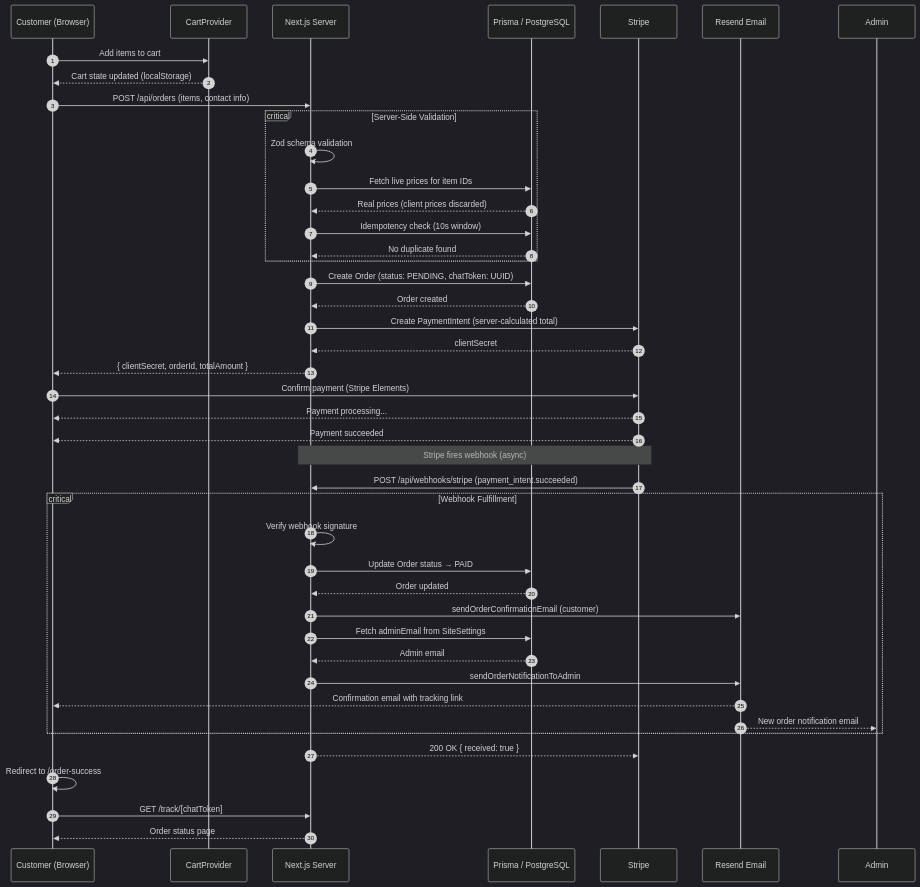
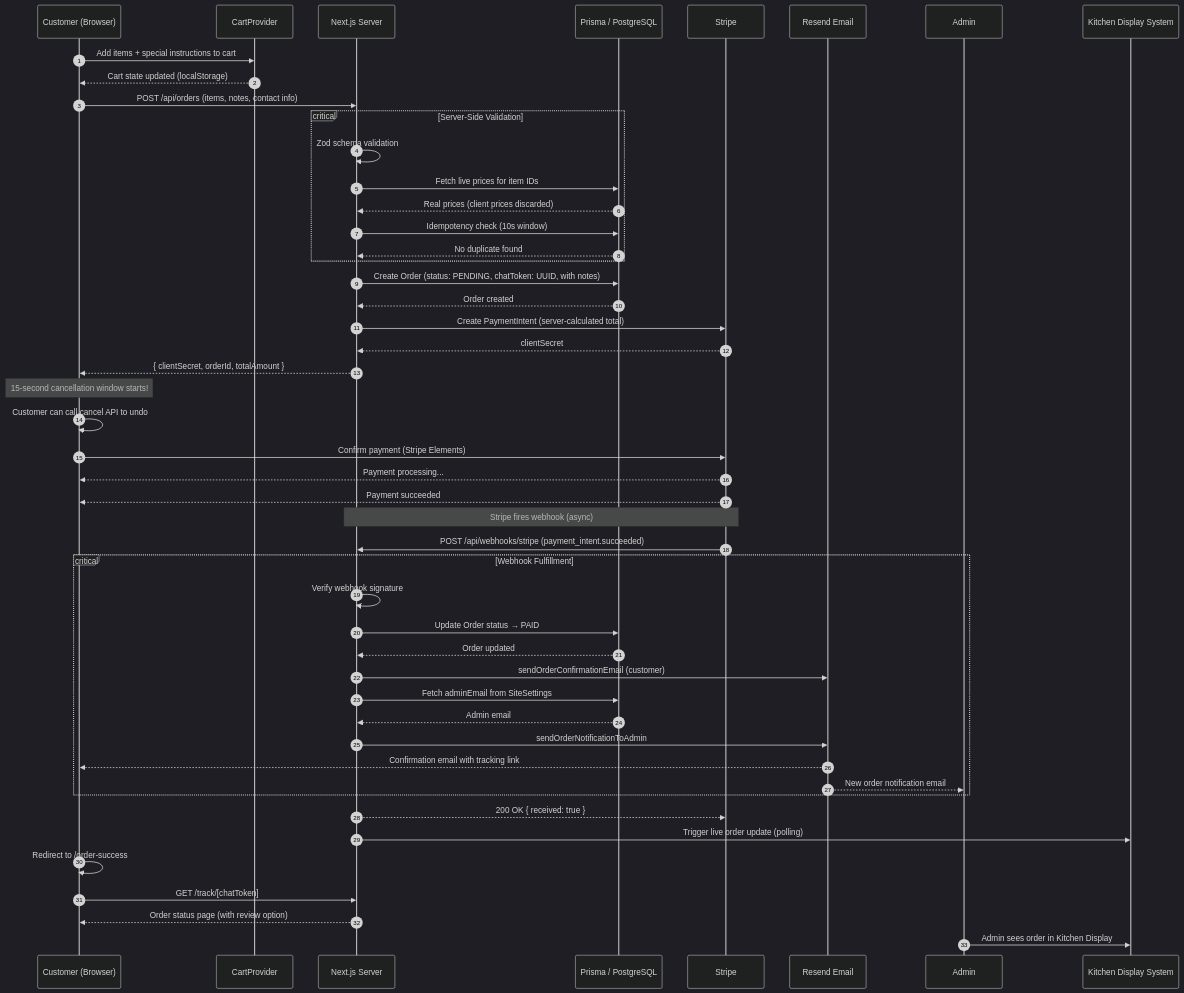
The third of 4 diagrams in docs/DATA_FLOW.md (tejamahesh1433/indian-food-truck-site), drawn with Mermaid (dark theme) before and after one commit. The commit also changed other lines of this file and 3 other files, not shown here.

Commit message:
docs: update system architecture and data flow; add web-push dependency

````diff
--- a/docs/DATA_FLOW.md
+++ b/docs/DATA_FLOW.md
@@ -69,57 +119,63 @@
 ```mermaid
 sequenceDiagram
     autonumber
     participant C as Customer (Browser)
     participant Cart as CartProvider
     participant S as Next.js Server
     participant DB as Prisma / PostgreSQL
     participant ST as Stripe
     participant E as Resend Email
     participant A as Admin
+    participant KDS as Kitchen Display System
 
-    C->>Cart: Add items to cart
+    C->>Cart: Add items + special instructions to cart
     Cart-->>C: Cart state updated (localStorage)
 
-    C->>S: POST /api/orders (items, contact info)
+    C->>S: POST /api/orders (items, notes, contact info)
 
     critical Server-Side Validation
         S->>S: Zod schema validation
         S->>DB: Fetch live prices for item IDs
         DB-->>S: Real prices (client prices discarded)
         S->>DB: Idempotency check (10s window)
         DB-->>S: No duplicate found
     end
 
-    S->>DB: Create Order (status: PENDING, chatToken: UUID)
+    S->>DB: Create Order (status: PENDING, chatToken: UUID, with notes)
     DB-->>S: Order created
 
     S->>ST: Create PaymentIntent (server-calculated total)
     ST-->>S: clientSecret
 
     S-->>C: { clientSecret, orderId, totalAmount }
+
+    Note over C: 15-second cancellation window starts!
+    C->>C: Customer can call cancel API to undo
 
     C->>ST: Confirm payment (Stripe Elements)
     ST-->>C: Payment processing...
     ST-->>C: Payment succeeded
 
     Note over ST,S: Stripe fires webhook (async)
     ST->>S: POST /api/webhooks/stripe (payment_intent.succeeded)
 
     critical Webhook Fulfillment
         S->>S: Verify webhook signature
         S->>DB: Update Order status → PAID
         DB-->>S: Order updated
         S->>E: sendOrderConfirmationEmail (customer)
         S->>DB: Fetch adminEmail from SiteSettings
         DB-->>S: Admin email
         S->>E: sendOrderNotificationToAdmin
         E-->>C: Confirmation email with tracking link
         E-->>A: New order notification email
     end
 
     S-->>ST: 200 OK { received: true }
+    S->>KDS: Trigger live order update (polling)
 
     C->>C: Redirect to /order-success
     C->>S: GET /track/[chatToken]
-    S-->>C: Order status page
+    S-->>C: Order status page (with review option)
+    A->>KDS: Admin sees order in Kitchen Display
 ```
````
